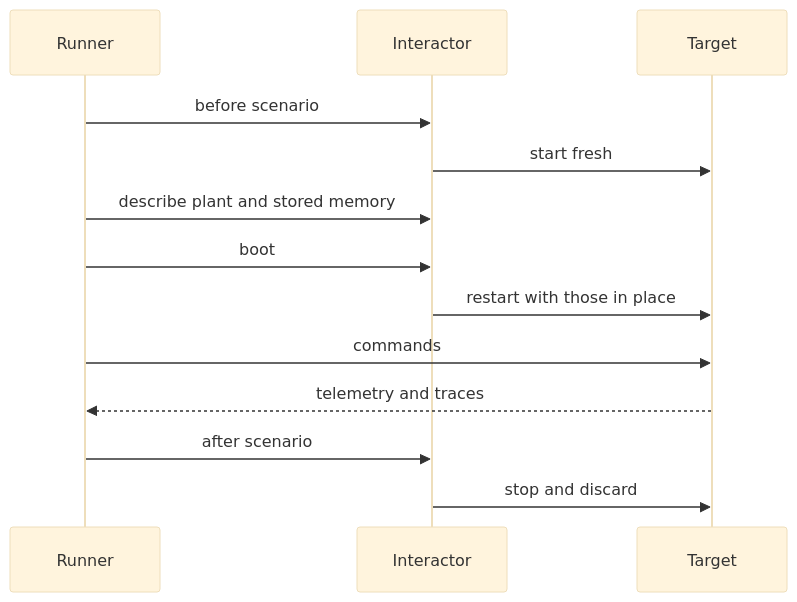
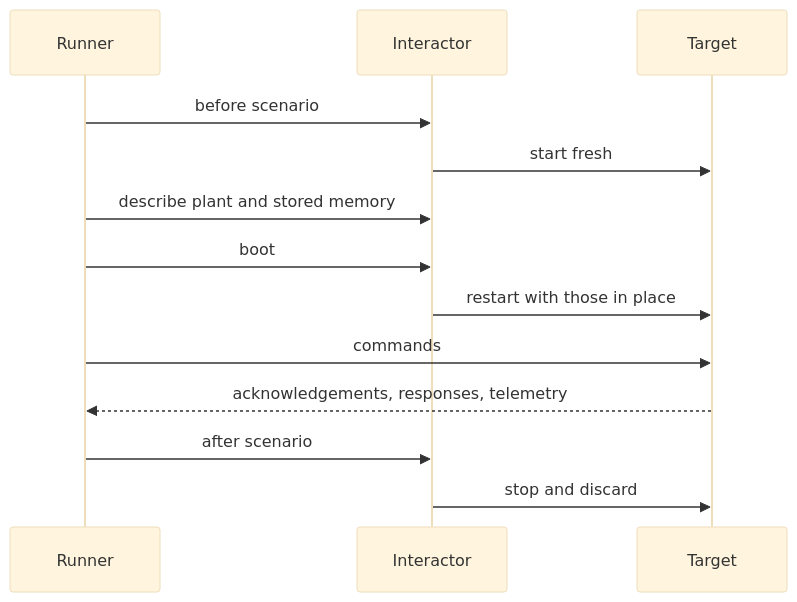
One commit to embedded-pro/e-foc changed the second of 3 diagrams in documentation/design/integration-testing.md. Above: the diagram before and after it, drawn with Mermaid (base theme). The commit also changed other lines of this file and 108 other files, not shown here.

````diff
--- a/documentation/design/integration-testing.md
+++ b/documentation/design/integration-testing.md
@@ -92,15 +105,15 @@
 ```mermaid
 sequenceDiagram
     participant R as Runner
     participant I as Interactor
     participant T as Target
     R->>I: before scenario
     I->>T: start fresh
     R->>I: describe plant and stored memory
     R->>I: boot
     I->>T: restart with those in place
     R->>T: commands
-    T-->>R: telemetry and traces
+    T-->>R: acknowledgements, responses, telemetry
     R->>I: after scenario
     I->>T: stop and discard
 ```
````
